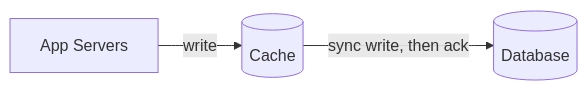
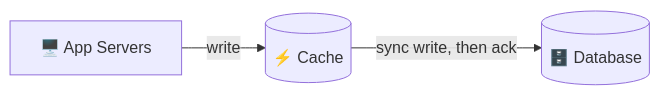
Before and after one commit to visheshkodwani/HLD: the sixth of 13 diagrams in hello-interview/core-concepts/caching.md, drawn with Mermaid. The commit also changed other lines of this file and 7 other files, not shown here.

First line of the commit message:
Give HLD its own Ember theme, richer diagrams, sidebar sections

````diff
--- a/hello-interview/core-concepts/caching.md
+++ b/hello-interview/core-concepts/caching.md
@@ -266,5 +266,5 @@
 ```mermaid
 flowchart LR
-    A["App Servers"] -->|"write"| C[("Cache")]
-    C -->|"sync write, then ack"| D[("Database")]
+    A["🖥️ App Servers"] -->|"write"| C[("⚡ Cache")]
+    C -->|"sync write, then ack"| D[("🗄️ Database")]
 ```
````
